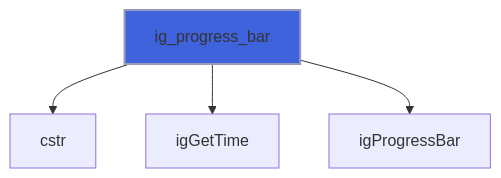
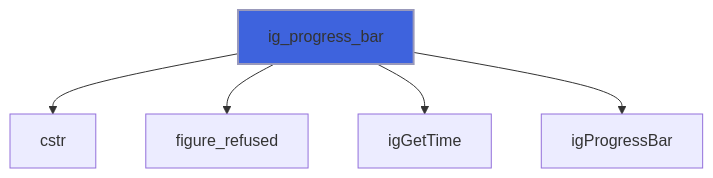
Diagram 15 of 39 in docs/api/src/lib/figure_imgui.md (szaghi/figure), drawn with Mermaid before and after one commit. The commit also changed other lines of this file and 10 other files, not shown here.

````diff
--- a/docs/api/src/lib/figure_imgui.md
+++ b/docs/api/src/lib/figure_imgui.md
@@ -452,7 +483,8 @@
 ```mermaid
 flowchart TD
   ig_progress_bar["ig_progress_bar"] --> cstr["cstr"]
+  ig_progress_bar["ig_progress_bar"] --> figure_refused["figure_refused"]
   ig_progress_bar["ig_progress_bar"] --> igGetTime["igGetTime"]
   ig_progress_bar["ig_progress_bar"] --> igProgressBar["igProgressBar"]
   style ig_progress_bar fill:#3e63dd,stroke:#99b,stroke-width:2px
 ```
````
